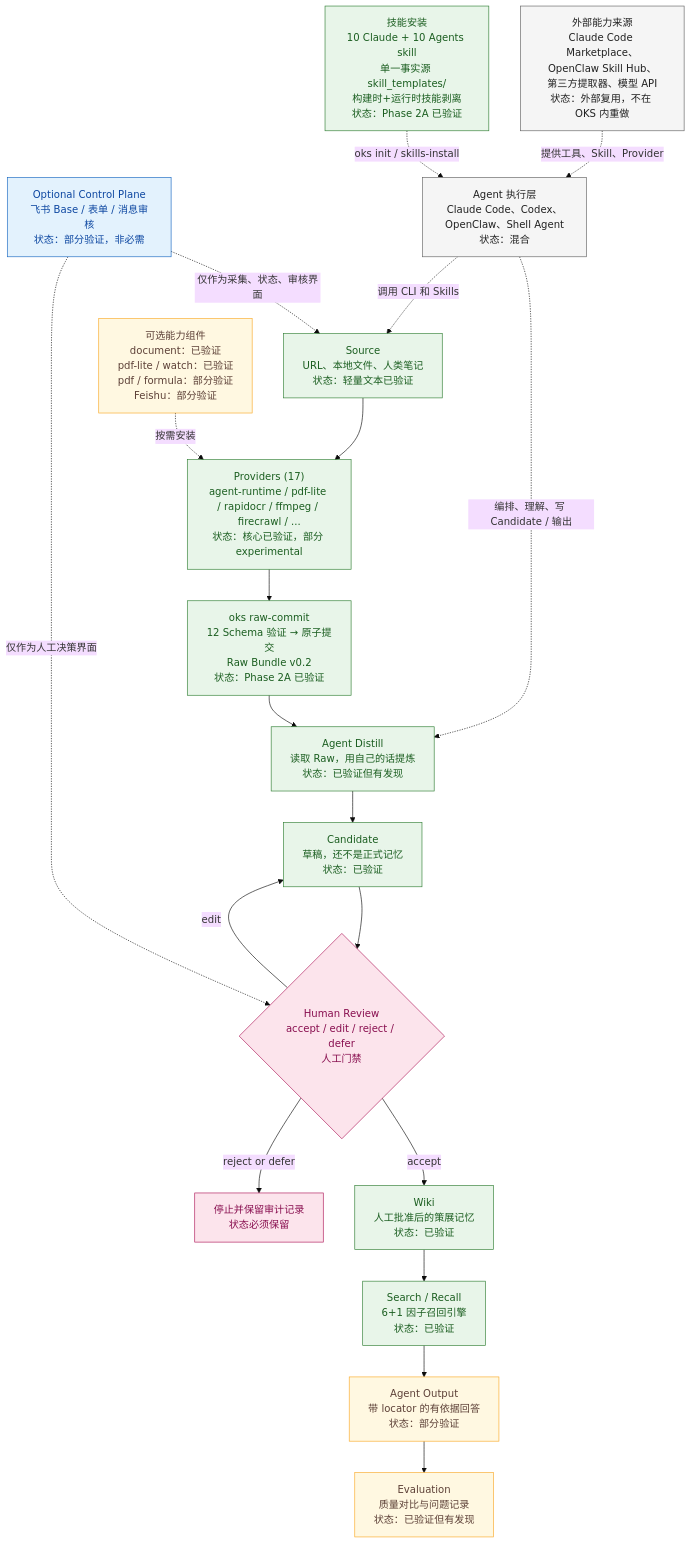
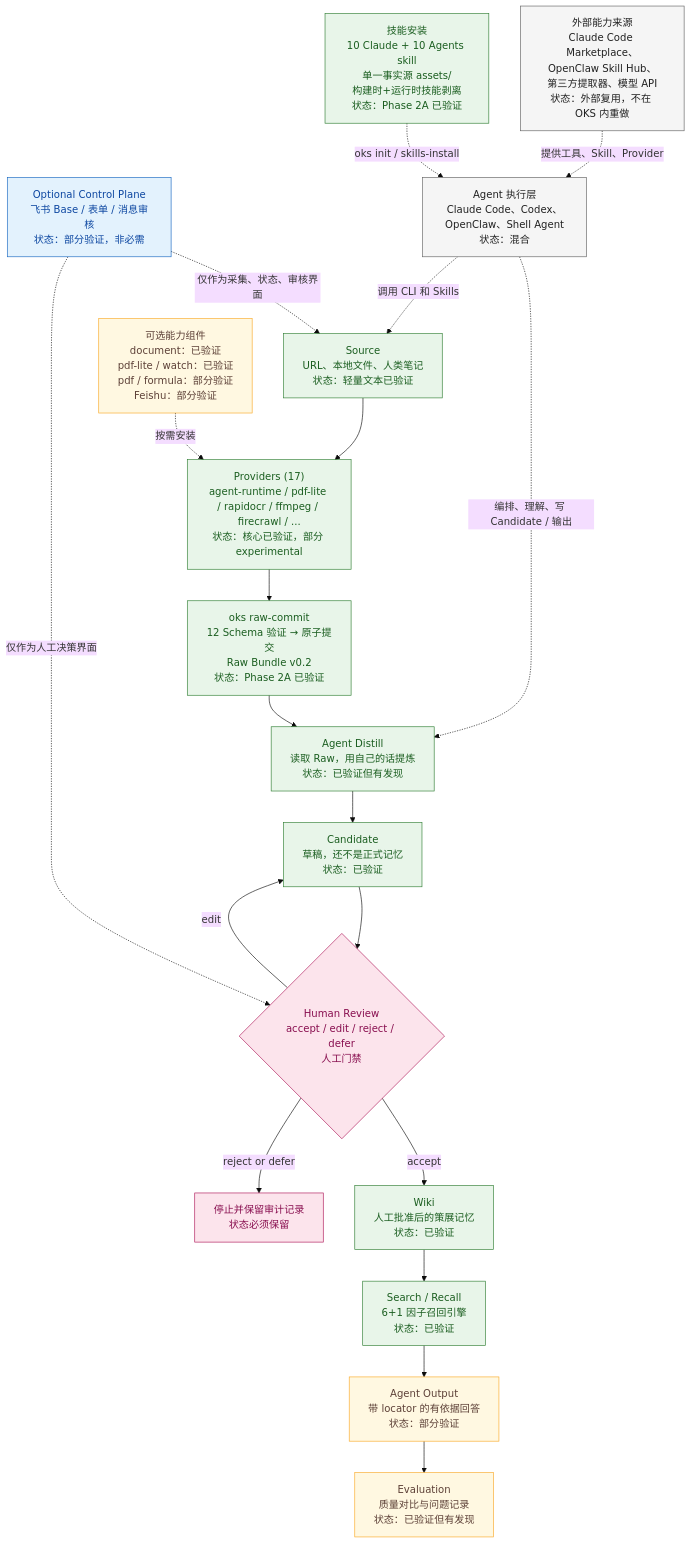
The diagram in docs/architecture/oks-core-architecture.md (1263-ux/open-knowledge-studio), drawn with Mermaid (base theme) before and after one commit. The commit also changed other lines of this file and 38 other files, not shown here.

First line of the commit message:
chore(B5): 删 skill_templates 死代码 + 恢复被夹带删除的 docs/archive

````diff
--- a/docs/architecture/oks-core-architecture.md
+++ b/docs/architecture/oks-core-architecture.md
@@ -9,38 +9,38 @@
 ```mermaid
 flowchart TD
     Source["Source\nURL、本地文件、人类笔记\n状态：轻量文本已验证"]:::verified
     Providers["Providers (17)\nagent-runtime / pdf-lite / rapidocr / ffmpeg / firecrawl / ...\n状态：核心已验证，部分 experimental"]:::verified
     RawCommit["oks raw-commit\n12 Schema 验证 → 原子提交\nRaw Bundle v0.2\n状态：Phase 2A 已验证"]:::verified
     Distill["Agent Distill\n读取 Raw，用自己的话提炼\n状态：已验证但有发现"]:::verified
     Candidate["Candidate\n草稿，还不是正式记忆\n状态：已验证"]:::verified
     Review{"Human Review\naccept / edit / reject / defer\n人工门禁"}:::human
     Wiki["Wiki\n人工批准后的策展记忆\n状态：已验证"]:::verified
     Recall["Search / Recall\n6+1 因子召回引擎\n状态：已验证"]:::verified
     Output["Agent Output\n带 locator 的有依据回答\n状态：部分验证"]:::partial
     Eval["Evaluation\n质量对比与问题记录\n状态：已验证但有发现"]:::partial
 
     Source --> Providers --> RawCommit --> Distill --> Candidate --> Review
     Review -->|accept| Wiki --> Recall --> Output --> Eval
     Review -->|edit| Candidate
     Review -->|reject or defer| Stop["停止并保留审计记录\n状态必须保留"]:::human
 
     Feishu["Optional Control Plane\n飞书 Base / 表单 / 消息审核\n状态：部分验证，非必需"]:::optional
     AgentLayer["Agent 执行层\nClaude Code、Codex、OpenClaw、Shell Agent\n状态：混合"]:::external
     External["外部能力来源\nClaude Code Marketplace、OpenClaw Skill Hub、\n第三方提取器、模型 API\n状态：外部复用，不在 OKS 内重做"]:::external
     Components["可选能力组件\ndocument：已验证\npdf-lite / watch：已验证\npdf / formula：部分验证\nFeishu：部分验证"]:::partial
-    SkillInstall["技能安装\n10 Claude + 10 Agents skill\n单一事实源 skill_templates/\n构建时+运行时技能剥离\n状态：Phase 2A 已验证"]:::verified
+    SkillInstall["技能安装\n10 Claude + 10 Agents skill\n单一事实源 assets/\n构建时+运行时技能剥离\n状态：Phase 2A 已验证"]:::verified
 
     Feishu -. "仅作为采集、状态、审核界面" .-> Source
     Feishu -. "仅作为人工决策界面" .-> Review
     AgentLayer -. "编排、理解、写 Candidate / 输出" .-> Distill
     AgentLayer -. "调用 CLI 和 Skills" .-> Source
     External -. "提供工具、Skill、Provider" .-> AgentLayer
     Components -. "按需安装" .-> Providers
     SkillInstall -. "oks init / skills-install" .-> AgentLayer
 
     classDef verified fill:#e8f5e9,stroke:#2e7d32,color:#1b5e20;
     classDef partial fill:#fff8e1,stroke:#f9a825,color:#5d4037;
     classDef optional fill:#e3f2fd,stroke:#1565c0,color:#0d47a1;
     classDef external fill:#f5f5f5,stroke:#616161,color:#212121;
     classDef human fill:#fce4ec,stroke:#ad1457,color:#880e4f;
 ```
````
